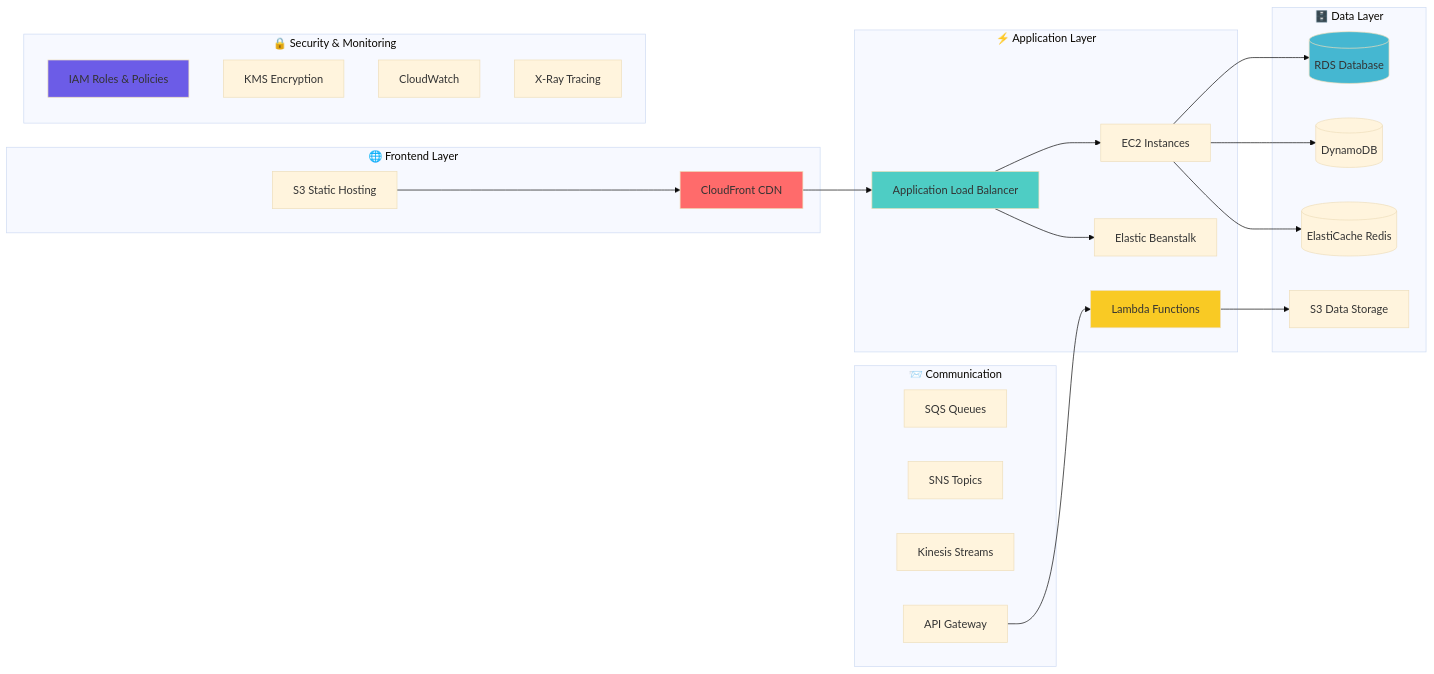
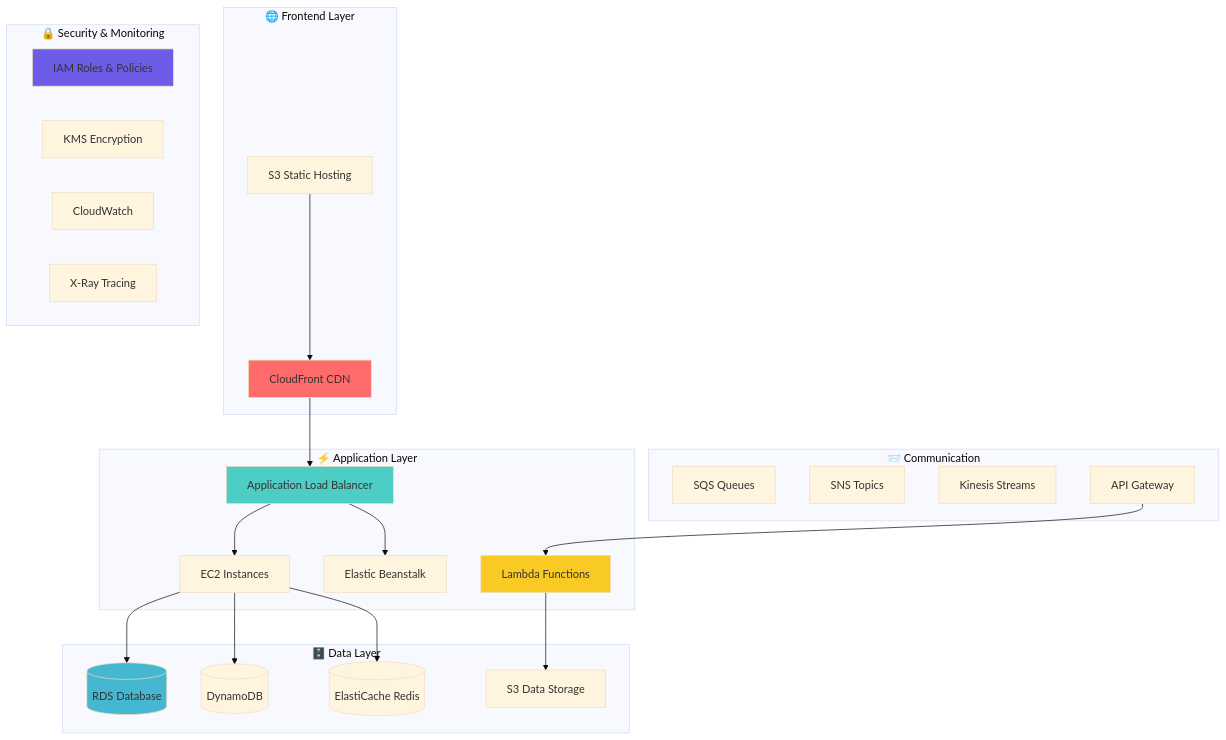
Before and after one commit to firdavs244/firdavs244: the second of 4 diagrams in README.md, drawn with Mermaid (base theme).

````diff
--- a/README.md
+++ b/README.md
@@ -193,51 +193,51 @@
 ```mermaid
-graph LR
+graph TD
     subgraph "🌐 Frontend Layer"
         CF[CloudFront CDN]
         S3[S3 Static Hosting]
     end
     
     subgraph "⚡ Application Layer"
         ALB[Application Load Balancer]
         EC2[EC2 Instances]
         EBS[Elastic Beanstalk]
         LAMBDA[Lambda Functions]
     end
     
     subgraph "🗄️ Data Layer" 
         RDS[(RDS Database)]
         DYNAMO[(DynamoDB)]
         REDIS[(ElastiCache Redis)]
         S3DATA[S3 Data Storage]
     end
     
     subgraph "🔒 Security & Monitoring"
         IAM[IAM Roles & Policies]
         KMS[KMS Encryption]
         CW[CloudWatch]
         XRAY[X-Ray Tracing]
     end
     
     subgraph "📨 Communication"
         SQS[SQS Queues]
         SNS[SNS Topics] 
         KINESIS[Kinesis Streams]
         APIGW[API Gateway]
     end
     
     CF --> ALB
     S3 --> CF
     ALB --> EC2
     ALB --> EBS
     APIGW --> LAMBDA
     EC2 --> RDS
     EC2 --> DYNAMO
     EC2 --> REDIS
     LAMBDA --> S3DATA
     
     style CF fill:#ff6b6b
     style ALB fill:#4ecdc4  
     style RDS fill:#45b7d1
     style LAMBDA fill:#f9ca24
     style IAM fill:#6c5ce7
 ```
````
